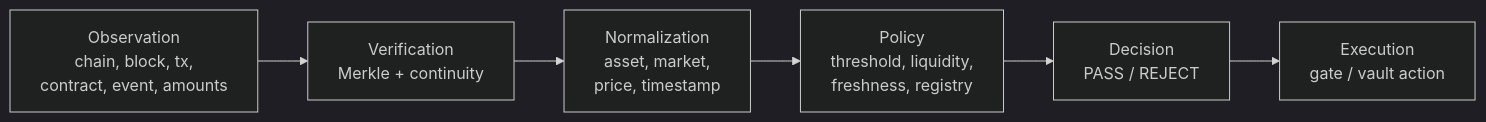
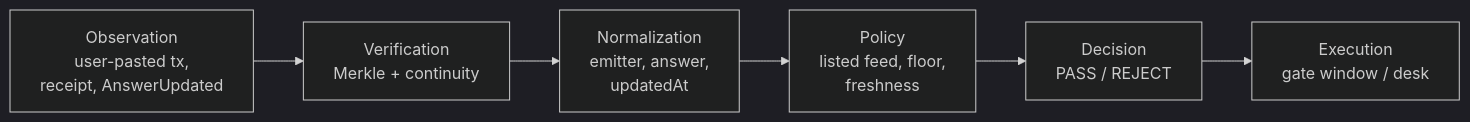
One commit to godspowerufot/VINCE changed the second of 3 diagrams in ARCHITECTURE.md. Above: the diagram before and after it, drawn with Mermaid (dark theme). The commit also changed other lines of this file and 73 other files, not shown here.

First line of the commit message:
Settle VINCE on Creditcoin Testnet with gate, desk, and wallet submit.

````diff
--- a/ARCHITECTURE.md
+++ b/ARCHITECTURE.md
@@ -88,8 +93,8 @@
 ```mermaid
 flowchart LR
-  O["Observation<br/>chain, block, tx,<br/>contract, event, amounts"] --> V["Verification<br/>Merkle + continuity"]
-  V --> N["Normalization<br/>asset, market,<br/>price, timestamp"]
-  N --> P["Policy<br/>threshold, liquidity,<br/>freshness, registry"]
+  O["Observation<br/>user-pasted tx,<br/>receipt, AnswerUpdated"] --> V["Verification<br/>Merkle + continuity"]
+  V --> N["Normalization<br/>emitter, answer,<br/>updatedAt"]
+  N --> P["Policy<br/>listed feed, floor,<br/>freshness"]
   P --> D["Decision<br/>PASS / REJECT"]
-  D --> E["Execution<br/>gate / vault action"]
+  D --> E["Execution<br/>gate window / desk"]
 ```
````
